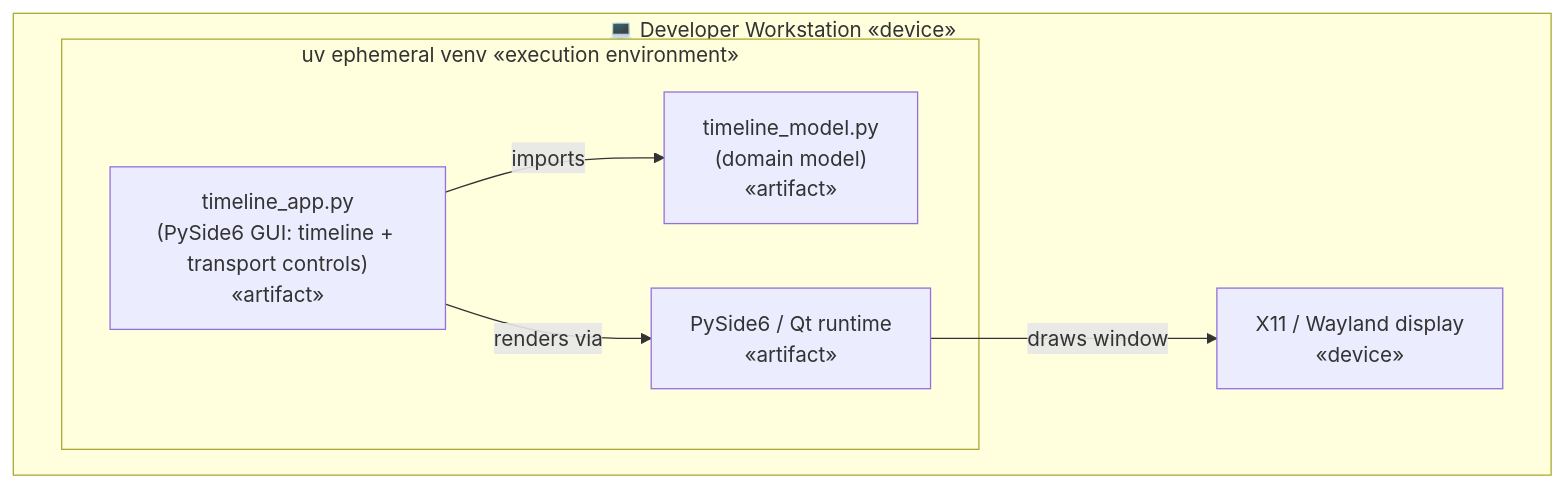
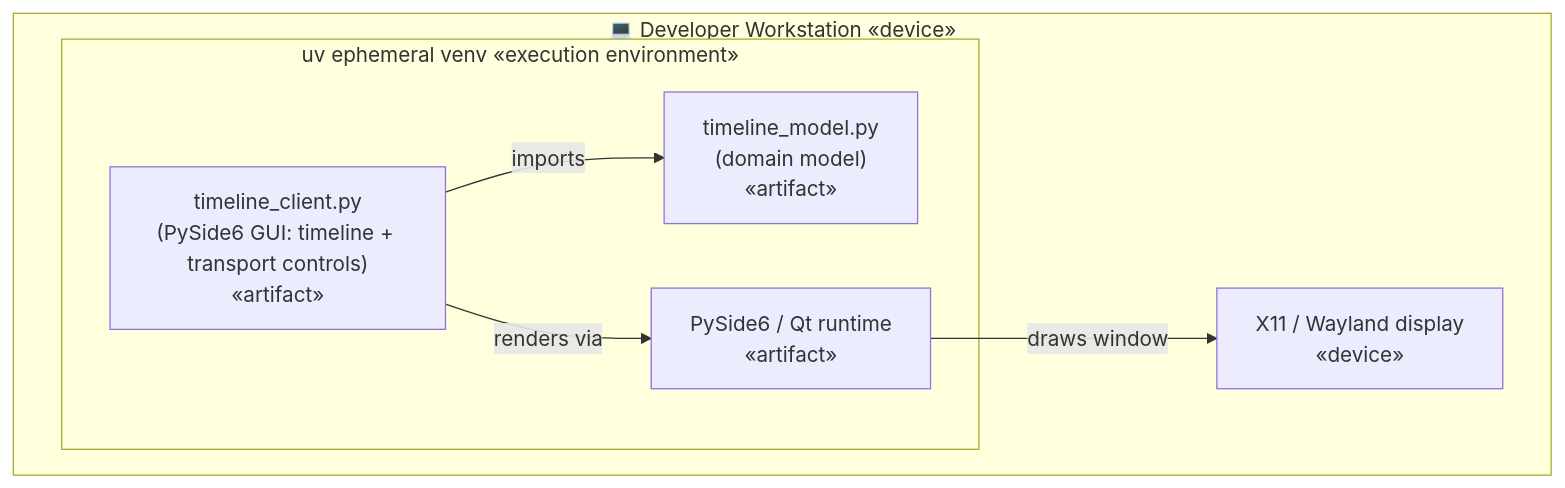
The first of 3 diagrams in README.md (thomanil/tech-sandbox), drawn with Mermaid before and after one commit. The commit also changed other lines of this file and 4 other files, not shown here.

````diff
--- a/README.md
+++ b/README.md
@@ -66,15 +70,15 @@
 ```mermaid
 flowchart TB
   subgraph dev["💻 Developer Workstation &laquo;device&raquo;"]
     subgraph uv["uv ephemeral venv &laquo;execution environment&raquo;"]
-      app["timeline_app.py<br/>(PySide6 GUI: timeline + transport controls)<br/>&laquo;artifact&raquo;"]
+      app["timeline_client.py<br/>(PySide6 GUI: timeline + transport controls)<br/>&laquo;artifact&raquo;"]
       model["timeline_model.py<br/>(domain model)<br/>&laquo;artifact&raquo;"]
       qt["PySide6 / Qt runtime<br/>&laquo;artifact&raquo;"]
     end
     display["X11 / Wayland display<br/>&laquo;device&raquo;"]
   end
 
   app -->|imports| model
   app -->|renders via| qt
   qt -->|draws window| display
 ```
````
